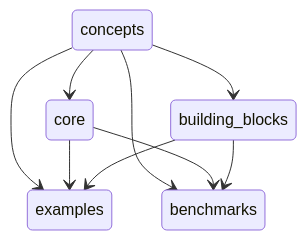
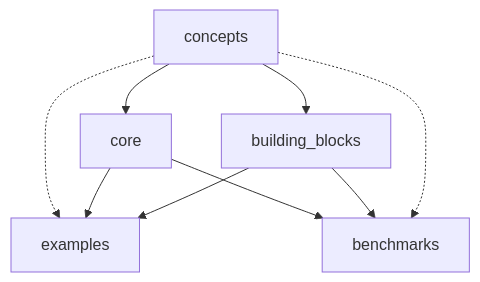
Before and after one commit to jonaspleyer/cellular_raza-homepage: the first of 2 diagrams in content/internals/_index.md, drawn with Mermaid.

Commit message:
make connections between concepts and examples and benchmarks less significant

````diff
--- a/content/internals/_index.md
+++ b/content/internals/_index.md
@@ -16,11 +16,11 @@
 ```mermaid
-stateDiagram-v2
+graph TB
     concepts --> core
     concepts --> building_blocks
-    concepts --> examples
-    concepts --> benchmarks
+    concepts -.-> examples
     core --> examples
     core --> benchmarks
     building_blocks --> examples
     building_blocks --> benchmarks
+    concepts -.-> benchmarks
 ```
````
